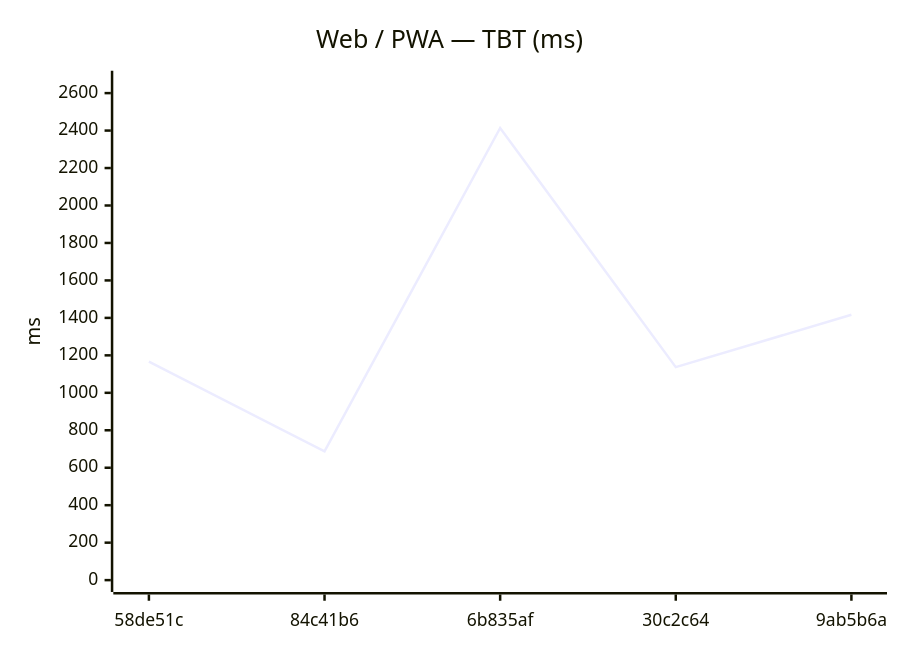
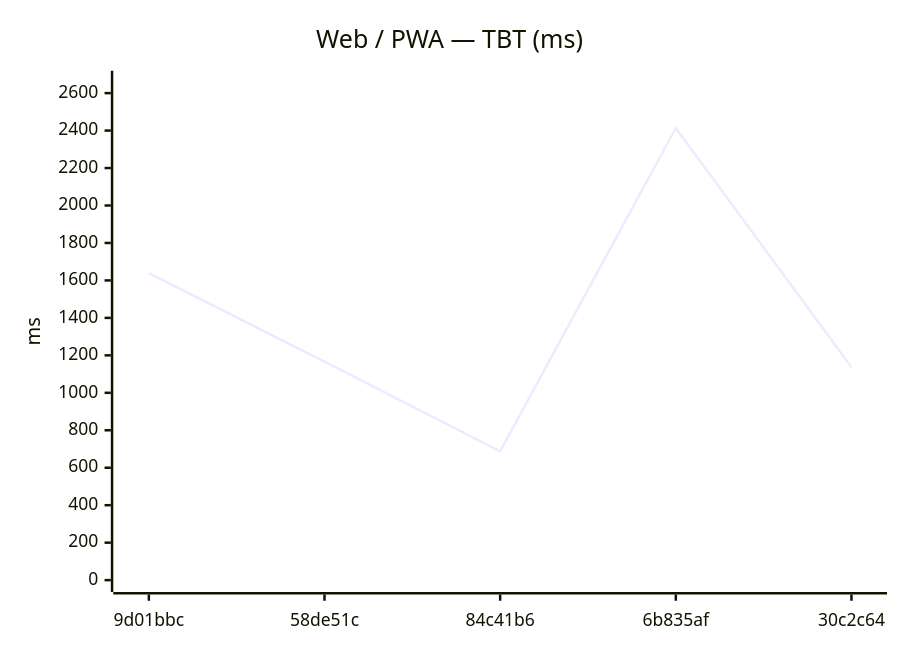
Before and after one commit to Metaheurist/Rianell: the sixth of 12 diagrams in benchmarks/compare.md, drawn with Mermaid. The commit also changed other lines of this file and 8 other files, not shown here.

````diff
--- a/benchmarks/compare.md
+++ b/benchmarks/compare.md
@@ -89,7 +89,7 @@
 ```mermaid
 xychart-beta
     title "Web / PWA — TBT (ms)"
-    x-axis ["58de51c", "84c41b6", "6b835af", "30c2c64", "9ab5b6a"]
+    x-axis ["9d01bbc", "58de51c", "84c41b6", "6b835af", "30c2c64"]
     y-axis "ms" 0 --> 2656
-    line [1166, 687, 2414, 1137, 1417]
+    line [1639, 1166, 687, 2414, 1137]
 ```
````
